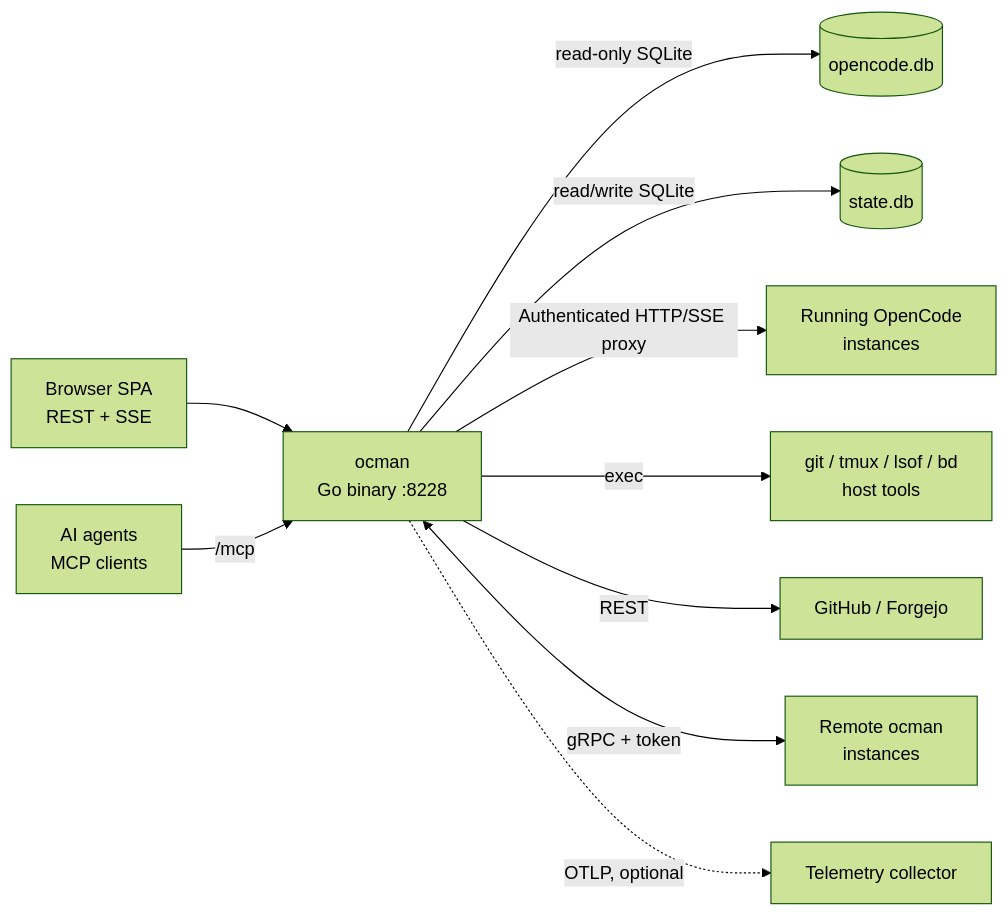
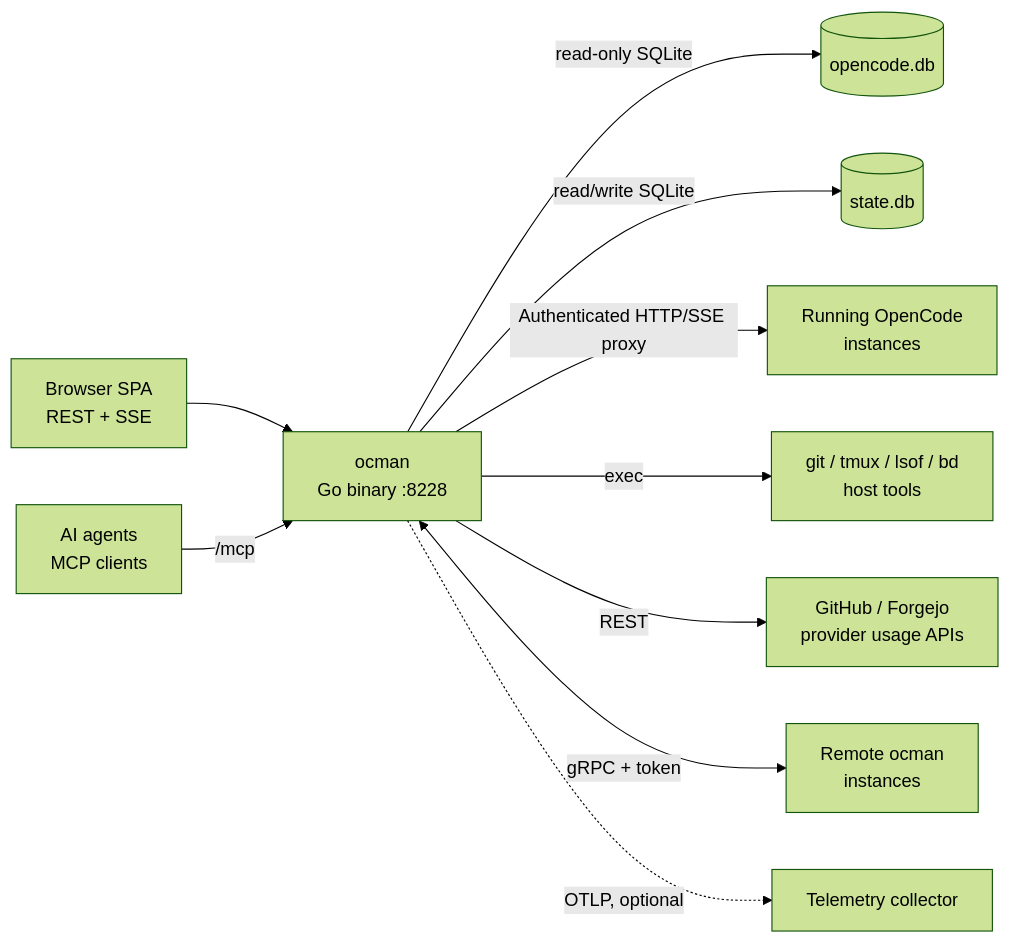
Before and after one commit to ocman/ocman: the second of 5 diagrams in docs/other/architecture.md, drawn with Mermaid (forest theme). The commit also changed other lines of this file and 14 other files, not shown here.

````diff
--- a/docs/other/architecture.md
+++ b/docs/other/architecture.md
@@ -45,12 +45,12 @@
 ```mermaid
 flowchart LR
     Browser[Browser SPA<br/>REST + SSE] --> Ocman[ocman<br/>Go binary :8228]
     Agent[AI agents<br/>MCP clients] -->|/mcp| Ocman
     Ocman -->|read-only SQLite| OCDB[(opencode.db)]
     Ocman -->|read/write SQLite| StateDB[(state.db)]
     Ocman -->|Authenticated HTTP/SSE proxy| OCInst[Running OpenCode<br/>instances]
     Ocman -->|exec| Shell[git / tmux / lsof / bd<br/>host tools]
-    Ocman -->|REST| Forges[GitHub / Forgejo]
+    Ocman -->|REST| APIs[GitHub / Forgejo<br/>provider usage APIs]
     Ocman <-->|gRPC + token| Remotes[Remote ocman<br/>instances]
     Ocman -.->|OTLP, optional| Otel[Telemetry collector]
 ```
````
